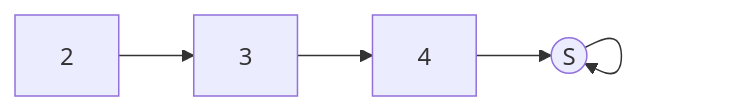
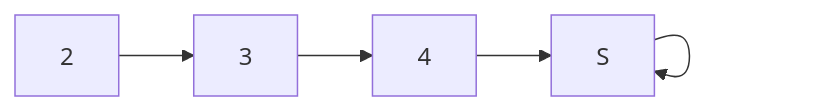
The fourth of 4 diagrams in docs/terminale/structures-de-donnees/listes/maillons.md (MMarchand-NSI/MMarchand-NSI.github.io), drawn with Mermaid before and after one commit. The commit also changed other lines of this file and 1 other file, not shown here.

````diff
--- a/docs/terminale/structures-de-donnees/listes/maillons.md
+++ b/docs/terminale/structures-de-donnees/listes/maillons.md
@@ -143,4 +134,4 @@
 ```mermaid
 graph LR
-  m1["2"] --> m2["3"] --> m3["4"] --> S(("S")) --> S
+  m1["2"] --> m2["3"] --> m3["4"] --> S["S"] --> S
 ```
````
